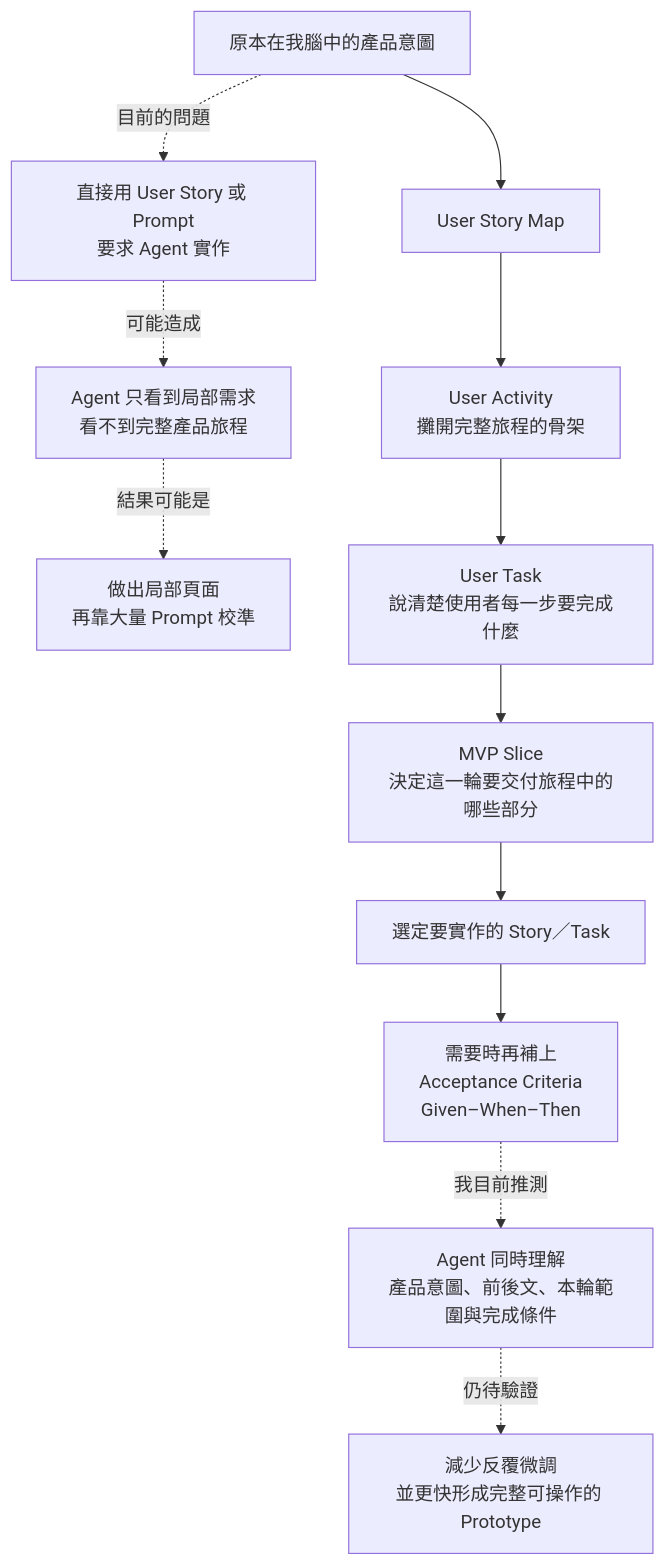
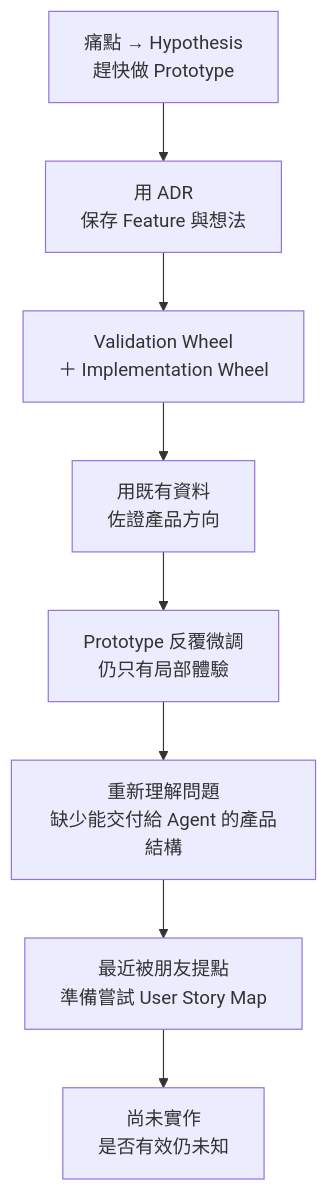
Before and after one commit to WilliamCHIU-ETH/3week-mental-map: the first of 2 diagrams in README.md, drawn with Mermaid. The commit also changed other lines of this file, not shown here.

Commit message:
Shift mental map to text-first narrative

````diff
--- a/README.md
+++ b/README.md
@@ -44,15 +9,10 @@
 ```mermaid
 flowchart TB
-    A["原本在我腦中的產品意圖"] -.目前的問題.-> B["直接用 User Story 或 Prompt<br/>要求 Agent 實作"]
-    B -.可能造成.-> C["Agent 只看到局部需求<br/>看不到完整產品旅程"]
-    C -.結果可能是.-> D["做出局部頁面<br/>再靠大量 Prompt 校準"]
-
-    A --> E["User Story Map"]
-    E --> F["User Activity<br/>攤開完整旅程的骨架"]
-    F --> G["User Task<br/>說清楚使用者每一步要完成什麼"]
-    G --> H["MVP Slice<br/>決定這一輪要交付旅程中的哪些部分"]
-    H --> I["選定要實作的 Story／Task"]
-    I --> J["需要時再補上<br/>Acceptance Criteria<br/>Given–When–Then"]
-    J -.我目前推測.-> K["Agent 同時理解<br/>產品意圖、前後文、本輪範圍與完成條件"]
-    K -.仍待驗證.-> L["減少反覆微調<br/>並更快形成完整可操作的 Prototype"]
+    A["痛點 → Hypothesis<br/>趕快做 Prototype"] --> B["用 ADR<br/>保存 Feature 與想法"]
+    B --> C["Validation Wheel<br/>＋ Implementation Wheel"]
+    C --> D["用既有資料<br/>佐證產品方向"]
+    D --> E["Prototype 反覆微調<br/>仍只有局部體驗"]
+    E --> F["重新理解問題<br/>缺少能交付給 Agent 的產品結構"]
+    F --> G["最近被朋友提點<br/>準備嘗試 User Story Map"]
+    G --> H["尚未實作<br/>是否有效仍未知"]
 ```
````
